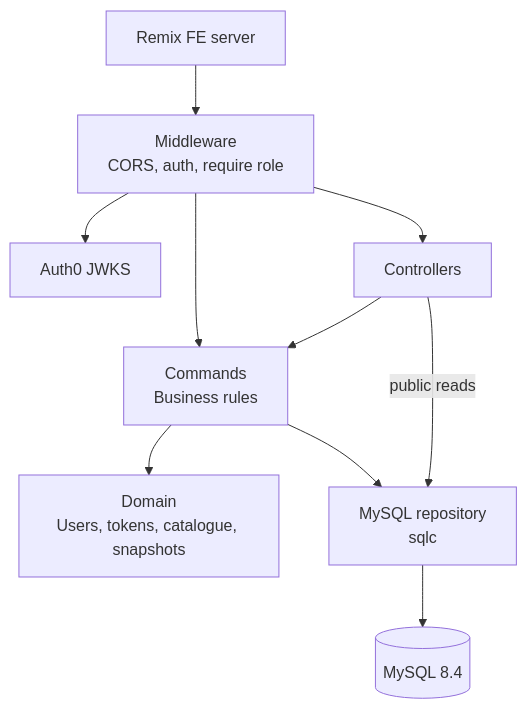
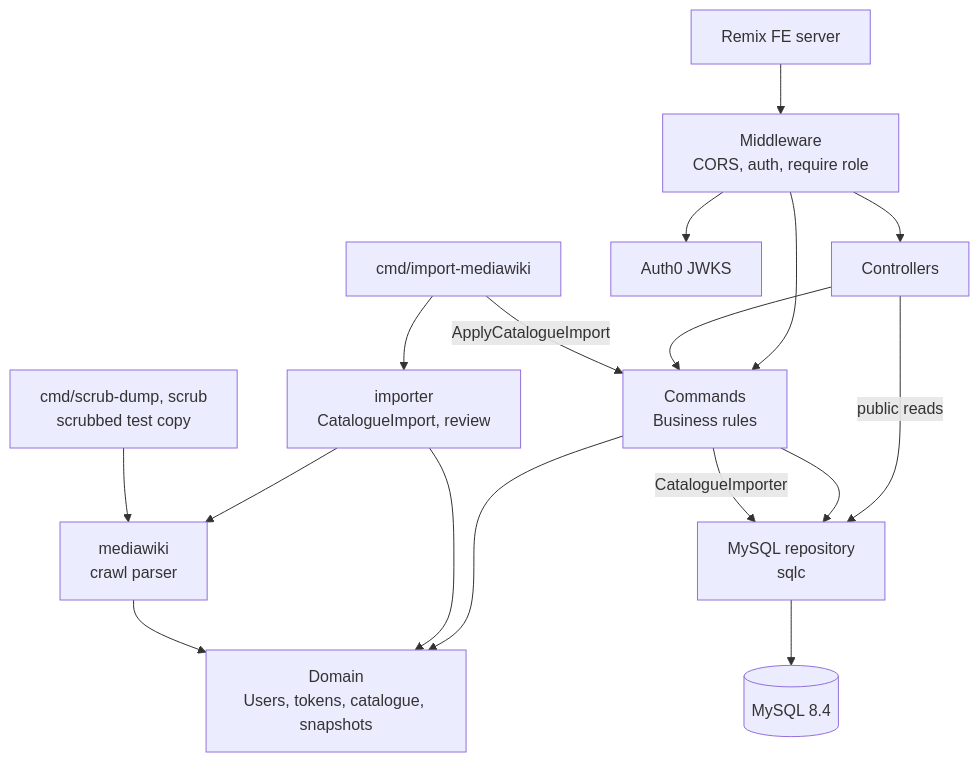
Before and after one commit to jbeshir/bardic-torch: the diagram in README.md, drawn with Mermaid. The commit also changed other lines of this file and 92 other files, not shown here.

````diff
--- a/README.md
+++ b/README.md
@@ -52,21 +56,32 @@
 ```mermaid
 graph TD
     FE[Remix FE server]
     MW[Middleware<br/>CORS, auth, require role]
     CTRL[Controllers]
     CMD[Commands<br/>Business rules]
     DOM[Domain<br/>Users, tokens, catalogue, snapshots]
     REPO[MySQL repository<br/>sqlc]
     DB[(MySQL 8.4)]
     AUTH0[Auth0 JWKS]
+    IMPCMD[cmd/import-mediawiki]
+    MWIKI[mediawiki<br/>crawl parser]
+    IMPORTER[importer<br/>CatalogueImport, review]
+    SCRUB[cmd/scrub-dump, scrub<br/>scrubbed test copy]
 
     FE --> MW
     MW --> AUTH0
     MW --> CMD
     MW --> CTRL
     CTRL --> CMD
     CTRL -->|public reads| REPO
     CMD --> DOM
     CMD --> REPO
     REPO --> DB
+    IMPCMD --> IMPORTER
+    IMPORTER --> MWIKI
+    IMPORTER --> DOM
+    MWIKI --> DOM
+    SCRUB --> MWIKI
+    IMPCMD -->|ApplyCatalogueImport| CMD
+    CMD -->|CatalogueImporter| REPO
 ```
````
